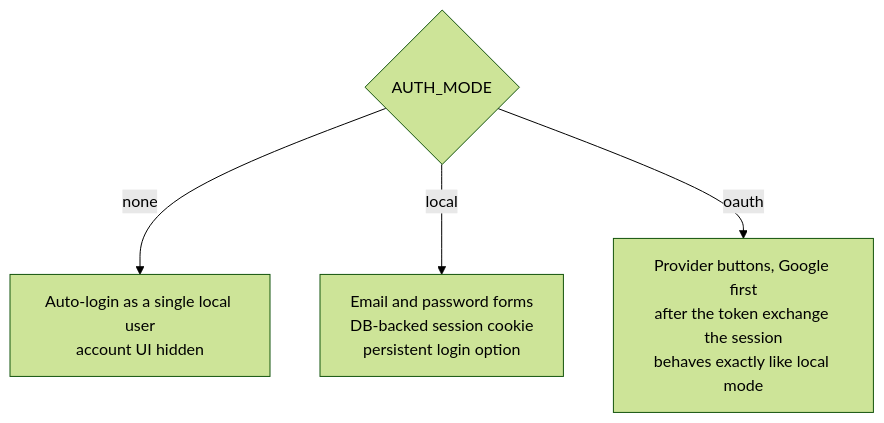
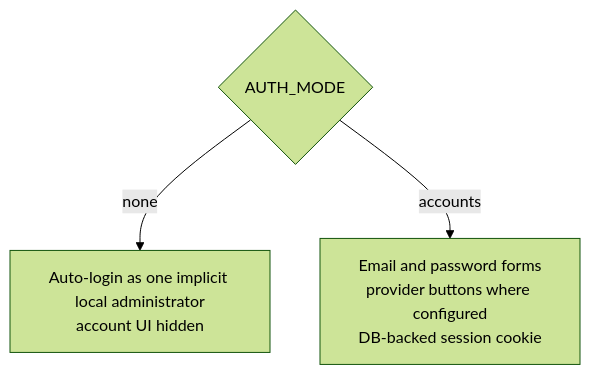
One commit to Portocolom-Studio/potocolom changed diagram 11 of 16 in docs/architecture.md. Above: the diagram before and after it, drawn with Mermaid (forest theme). The commit also changed other lines of this file and 5 other files, not shown here.

````diff
--- a/docs/architecture.md
+++ b/docs/architecture.md
@@ -421,7 +421,6 @@
 ```mermaid
 flowchart TB
     M{"AUTH_MODE"}
-    M -->|"none"| N["Auto-login as a single local user<br>account UI hidden"]
-    M -->|"local"| L["Email and password forms<br>DB-backed session cookie<br>persistent login option"]
-    M -->|"oauth"| O["Provider buttons, Google first<br>after the token exchange the session<br>behaves exactly like local mode"]
+    M -->|"none"| N["Auto-login as one implicit local administrator<br>account UI hidden"]
+    M -->|"accounts"| A["Email and password forms<br>provider buttons where configured<br>DB-backed session cookie"]
 ```
````
